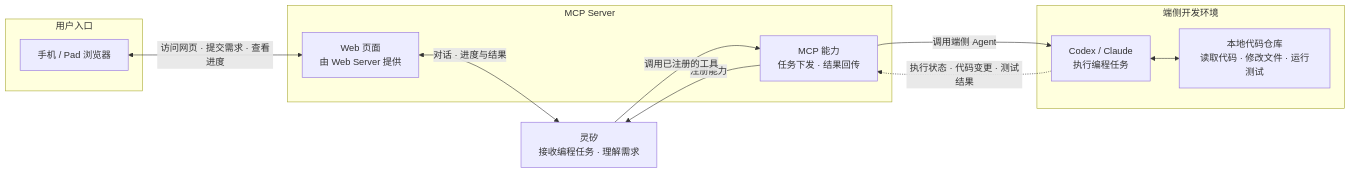
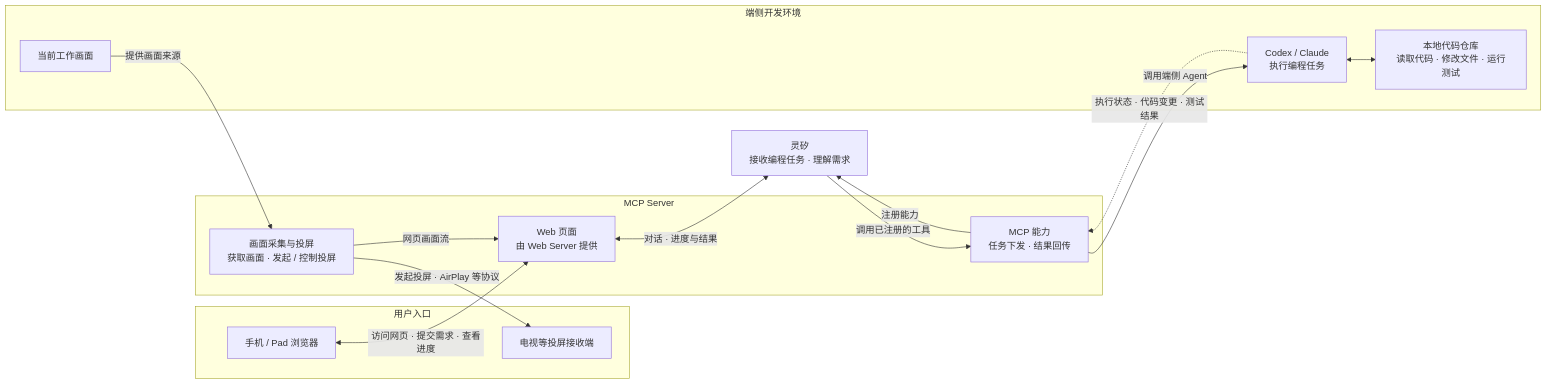
The diagram in README.md (felix-001/speak2code), drawn with Mermaid before and after one commit. The commit also changed other lines of this file and 1 other file, not shown here.

Commit message:
Document MCP Server responsibility for screen casting

````diff
--- a/README.md
+++ b/README.md
@@ -31,25 +33,31 @@
 ```mermaid
 flowchart LR
 	subgraph client["用户入口"]
 		device["手机 / Pad 浏览器"]
+		display["电视等投屏接收端"]
 	end
 
 	subgraph server["MCP Server"]
 		page["Web 页面<br/>由 Web Server 提供"]
 		tools["MCP 能力<br/>任务下发 · 结果回传"]
+		casting["画面采集与投屏<br/>获取画面 · 发起 / 控制投屏"]
 	end
 	lingxi["灵矽<br/>接收编程任务 · 理解需求"]
 
 	subgraph edge["端侧开发环境"]
 		agents["Codex / Claude<br/>执行编程任务"]
 		workspace["本地代码仓库<br/>读取代码 · 修改文件 · 运行测试"]
+		screen["当前工作画面"]
 		agents <--> workspace
 	end
 
 	device <-->|"访问网页 · 提交需求 · 查看进度"| page
 	page <-->|"对话 · 进度与结果"| lingxi
 	tools -->|"注册能力"| lingxi
 	lingxi -->|"调用已注册的工具"| tools
 	tools -->|"调用端侧 Agent"| agents
 	agents -.->|"执行状态 · 代码变更 · 测试结果"| tools
+	screen -->|"提供画面来源"| casting
+	casting -->|"发起投屏 · AirPlay 等协议"| display
+	casting -->|"网页画面流"| page
 ```
````
